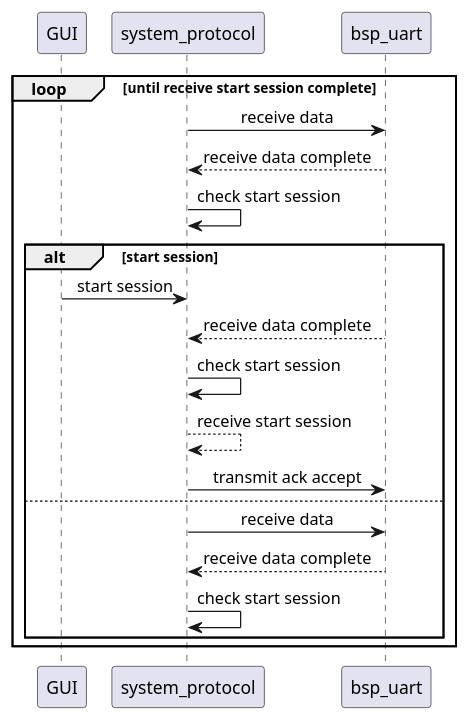
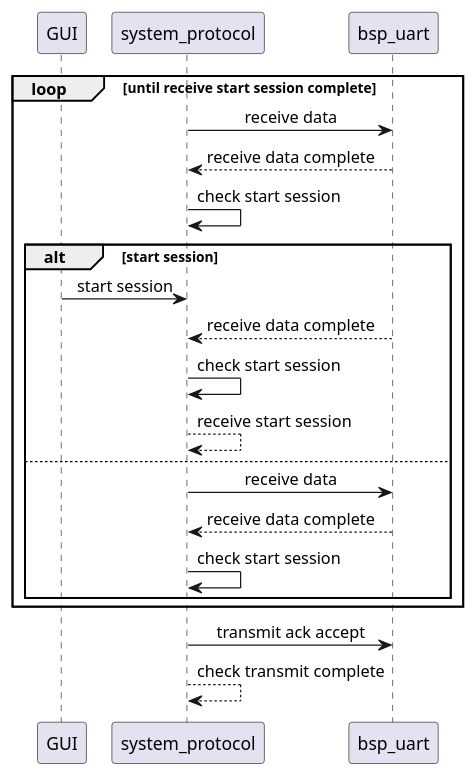
One commit to PDucMinh/Smart-Lock-ITRVN changed the diagram in final_project/design/sequence_2_GUI_MCU_communication.wsd. Above: the diagram before and after it, drawn with PlantUML. The commit also changed 1 other file, not shown here.

```diff
--- a/final_project/design/sequence_2_GUI_MCU_communication.wsd
+++ b/final_project/design/sequence_2_GUI_MCU_communication.wsd
@@ -1,33 +1,36 @@
 @startuml GUI_MCU_communication
 skinparam SequenceMessageAlignment center
 
 participant GUI as gui 
 
 participant system_protocol as protocol 
 participant bsp_uart as uart
 
 loop until receive start session complete
 protocol -> uart : receive data
 uart --> protocol : receive data complete
 
 protocol -> protocol : check start session
 
 alt start session 
 gui -> protocol : start session
 uart --> protocol : receive data complete
 protocol -> protocol : check start session
 protocol --> protocol : receive start session 
-protocol -> uart : transmit ack accept
 
 else 
 protocol ->uart : receive data
 uart --> protocol : receive data complete
 protocol -> protocol : check start session
 
 end 
 
 end
 
+protocol -> uart : transmit ack accept
+protocol --> protocol : check transmit complete
+
+
 
 
 @enduml
```
